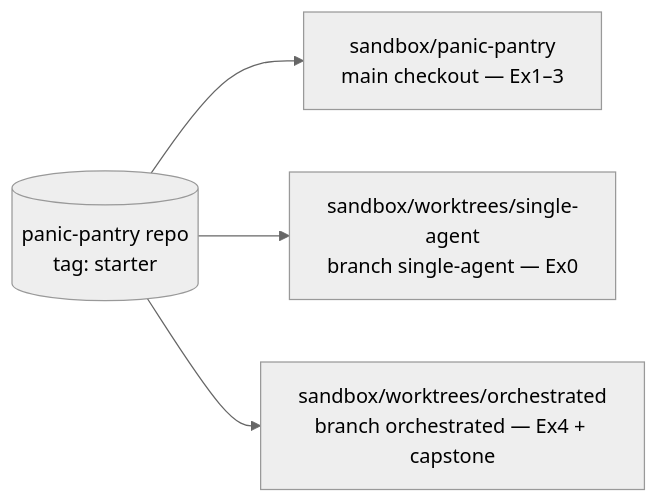
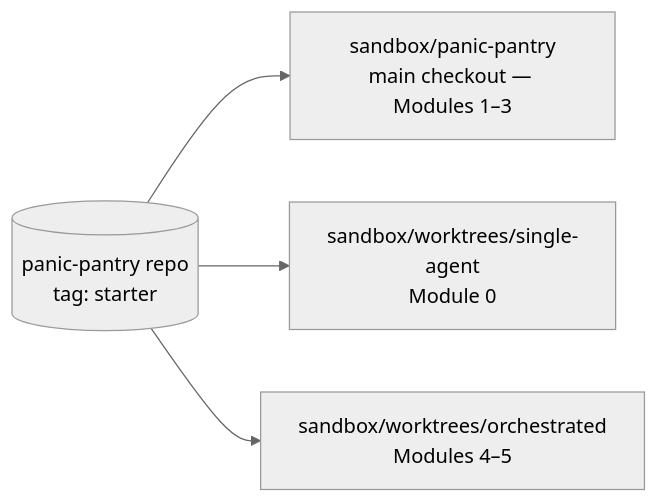
One commit to varoonsahgal/OC-stuff changed the diagram in student/README.md. Above: the diagram before and after it, drawn with Mermaid (neutral theme). The commit also changed other lines of this file and 9 other files, not shown here.

````diff
--- a/student/README.md
+++ b/student/README.md
@@ -88,6 +62,6 @@
 ```mermaid
 flowchart LR
-    R[("panic-pantry repo<br/>tag: starter")] --> M["sandbox/panic-pantry<br/>main checkout — Ex1–3"]
-    R --> W1["sandbox/worktrees/single-agent<br/>branch single-agent — Ex0"]
-    R --> W2["sandbox/worktrees/orchestrated<br/>branch orchestrated — Ex4 + capstone"]
+    R[("panic-pantry repo<br/>tag: starter")] --> M["sandbox/panic-pantry<br/>main checkout — Modules 1–3"]
+    R --> W1["sandbox/worktrees/single-agent<br/>Module 0"]
+    R --> W2["sandbox/worktrees/orchestrated<br/>Modules 4–5"]
 ```
````
